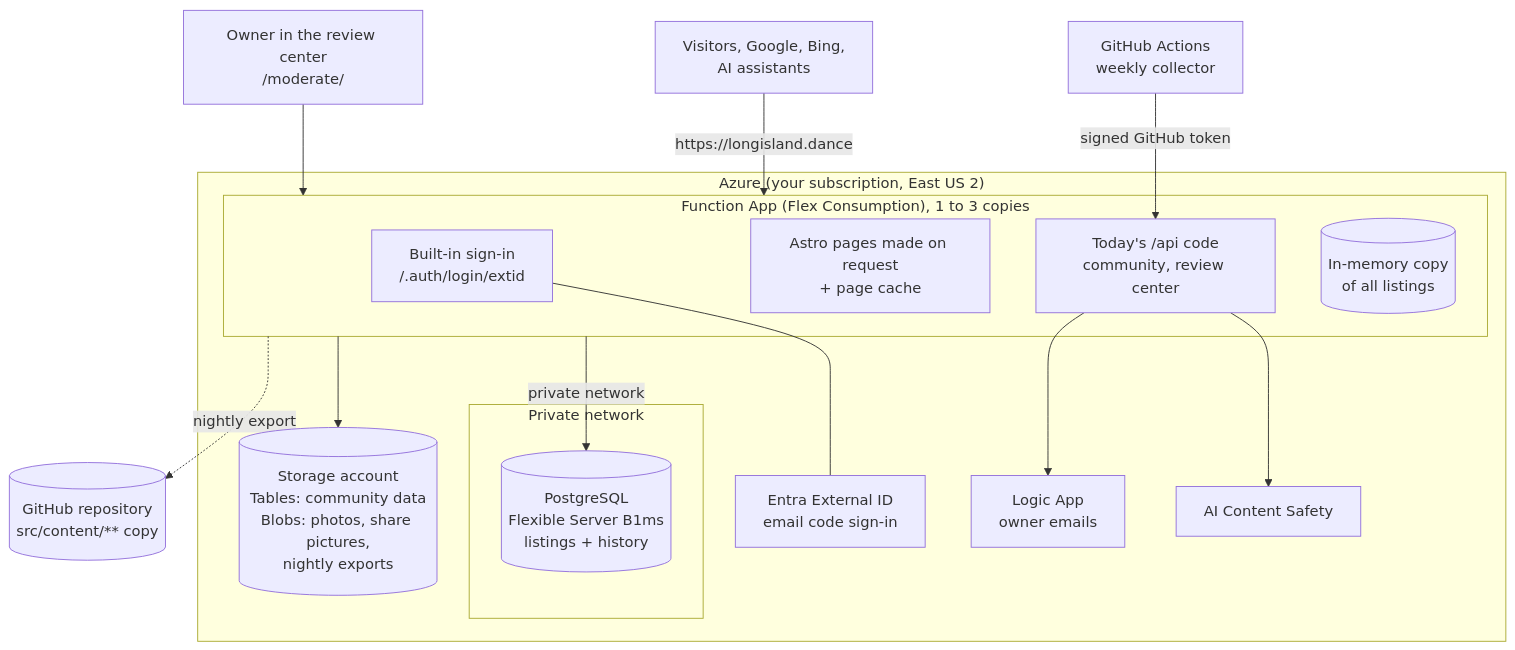
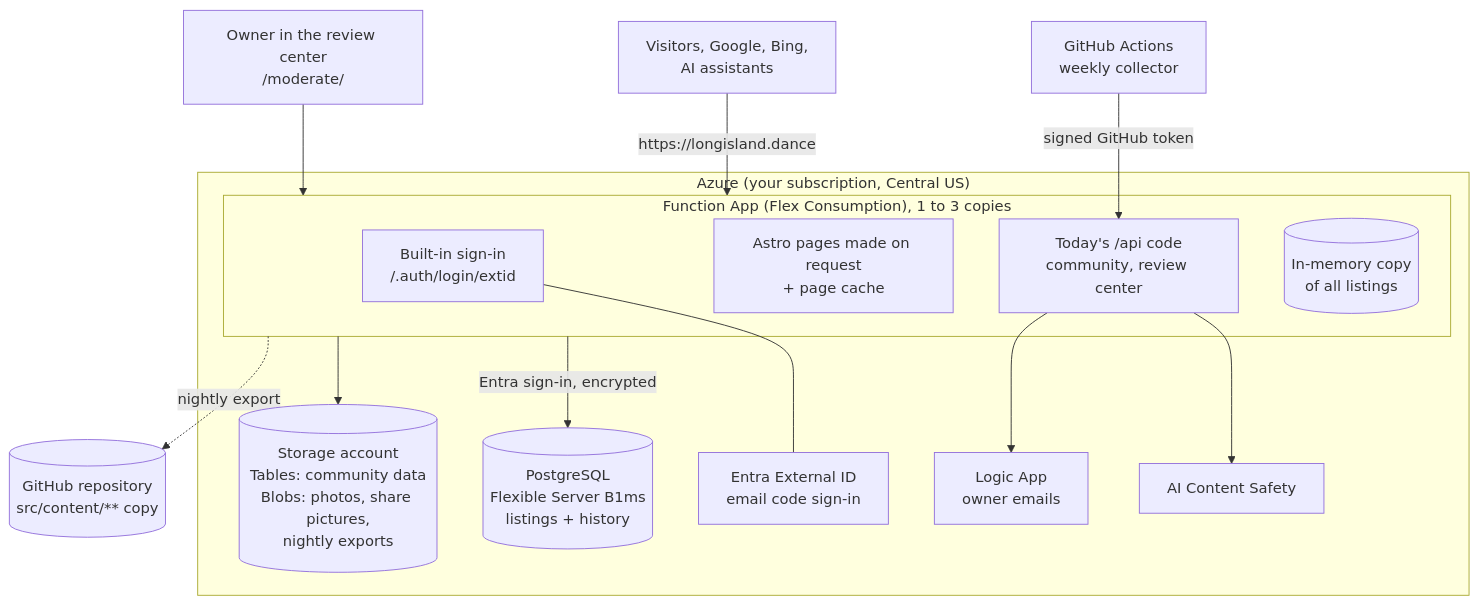
The second of 6 diagrams in docs/proposals/postgres-live-site.md (michaelsrichter/long-island-dance-events), drawn with Mermaid before and after one commit. The commit also changed other lines of this file and 5 other files, not shown here.

First line of the commit message:
Live database in Central US, no private network (P57)

````diff
--- a/docs/proposals/postgres-live-site.md
+++ b/docs/proposals/postgres-live-site.md
@@ -115,27 +115,25 @@
 ```mermaid
 flowchart TB
   V["Visitors, Google, Bing,<br/>AI assistants"] -->|"https://longisland.dance"| FA
   O["Owner in the review center<br/>/moderate/"] --> FA
-  subgraph Azure["Azure (your subscription, East US 2)"]
+  subgraph Azure["Azure (your subscription, Central US)"]
     subgraph FA["Function App (Flex Consumption), 1 to 3 copies"]
       SIGN["Built-in sign-in<br/>/.auth/login/extid"]
       PAGES["Astro pages made on request<br/>+ page cache"]
       API["Today's /api code<br/>community, review center"]
       MEM[("In-memory copy<br/>of all listings")]
     end
-    subgraph NET["Private network"]
-      PG[("PostgreSQL<br/>Flexible Server B1ms<br/>listings + history")]
-    end
+    PG[("PostgreSQL<br/>Flexible Server B1ms<br/>listings + history")]
     ST[("Storage account<br/>Tables: community data<br/>Blobs: photos, share pictures,<br/>nightly exports")]
     EXT["Entra External ID<br/>email code sign-in"]
     CS["AI Content Safety"]
     LA["Logic App<br/>owner emails"]
   end
   GH["GitHub Actions<br/>weekly collector"] -->|"signed GitHub token"| API
-  FA -->|"private network"| PG
+  FA -->|"Entra sign-in, encrypted"| PG
   FA --> ST
   SIGN --- EXT
   API --> CS
   API --> LA
   FA -.->|"nightly export"| GIT[("GitHub repository<br/>src/content/** copy")]
 ```
````
